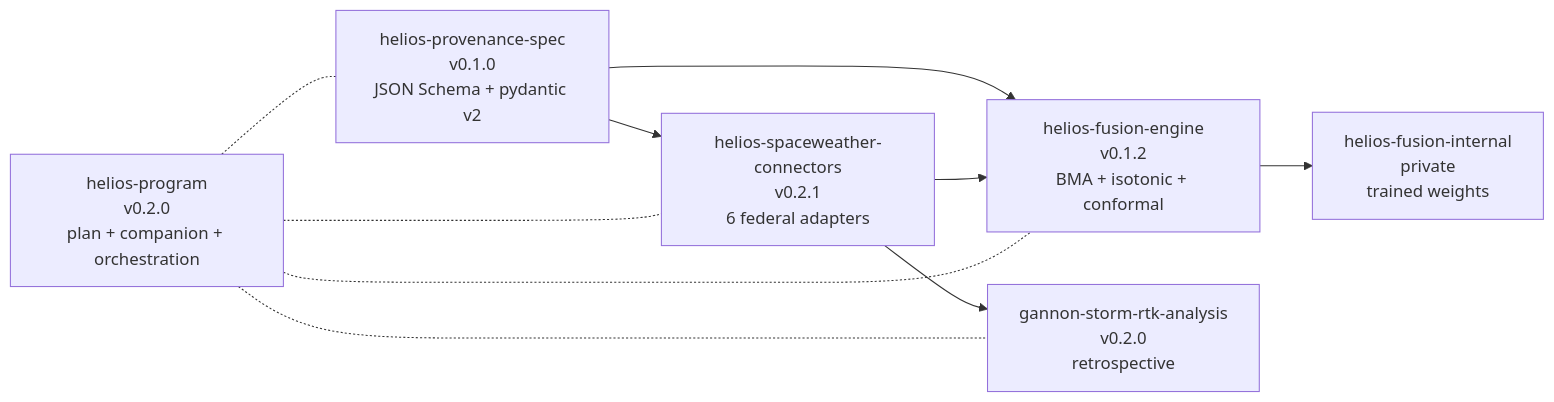
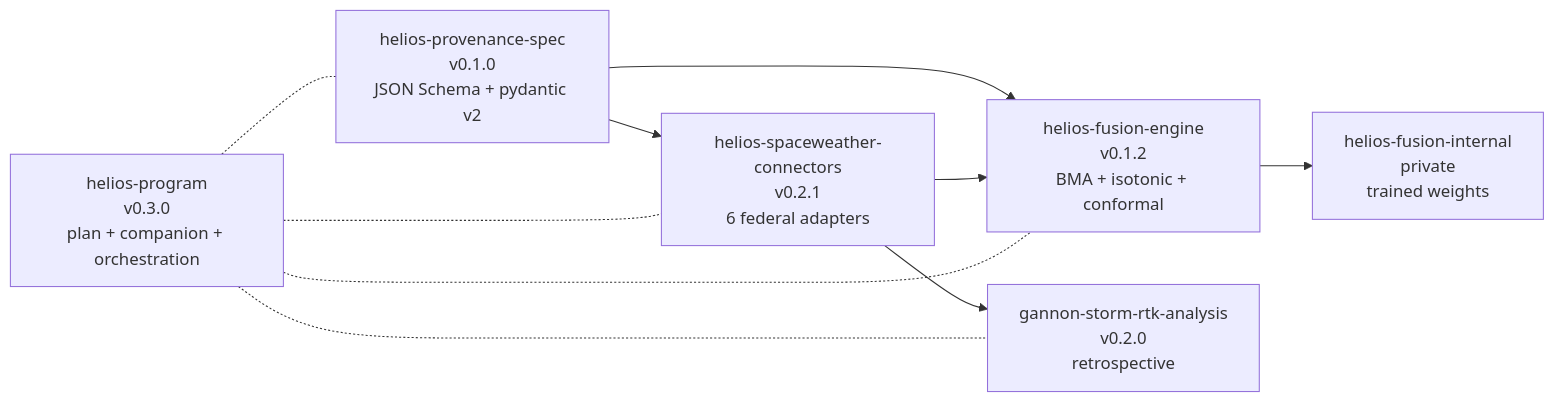
Before and after one commit to 577Industries/open-source: the diagram in programs/helios/helios-fusion-engine/paper/figures/architecture.mmd, drawn with Mermaid. The commit also changed 114 other files, not shown here.

```diff
--- a/programs/helios/helios-fusion-engine/paper/figures/architecture.mmd
+++ b/programs/helios/helios-fusion-engine/paper/figures/architecture.mmd
@@ -1,20 +1,20 @@
 %% HELIOS dependency graph (reference Mermaid source).
 %% Rendered to architecture.png via figures/build_architecture.py (matplotlib).
 %% Kept here for human-readable reference / GitHub Pages preview parity.
 graph LR
     A[helios-provenance-spec<br/>v0.1.0<br/>JSON Schema + pydantic v2]
     B[helios-spaceweather-connectors<br/>v0.2.1<br/>6 federal adapters]
     C[helios-fusion-engine<br/>v0.1.2<br/>BMA + isotonic + conformal]
     F[helios-fusion-internal<br/>private<br/>trained weights]
     D[gannon-storm-rtk-analysis<br/>v0.2.0<br/>retrospective]
-    P[helios-program<br/>v0.2.0<br/>plan + companion + orchestration]
+    P[helios-program<br/>v0.3.0<br/>plan + companion + orchestration]
 
     A --> B
     A --> C
     B --> C
     B --> D
     C --> F
     P -.- A
     P -.- B
     P -.- C
     P -.- D
```
